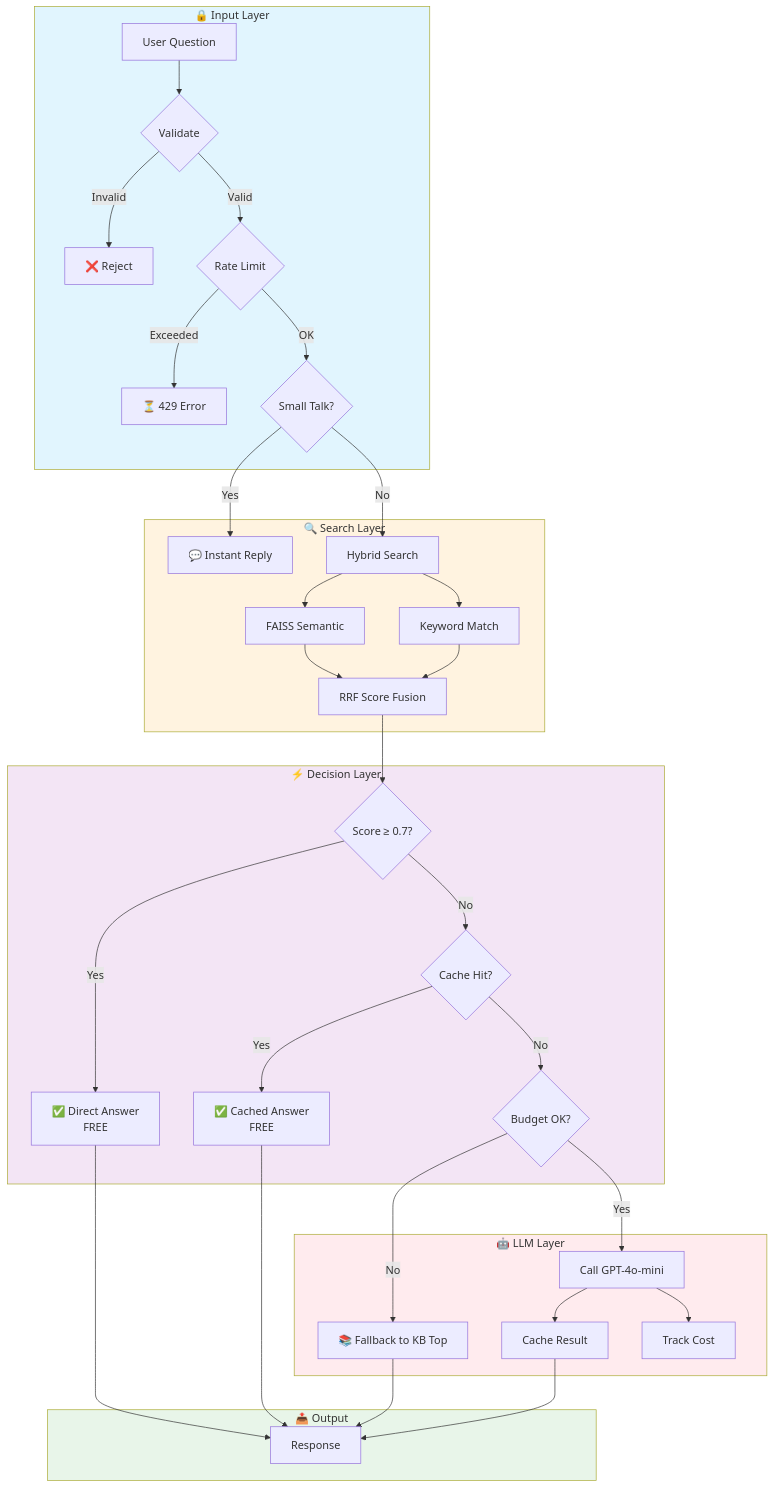
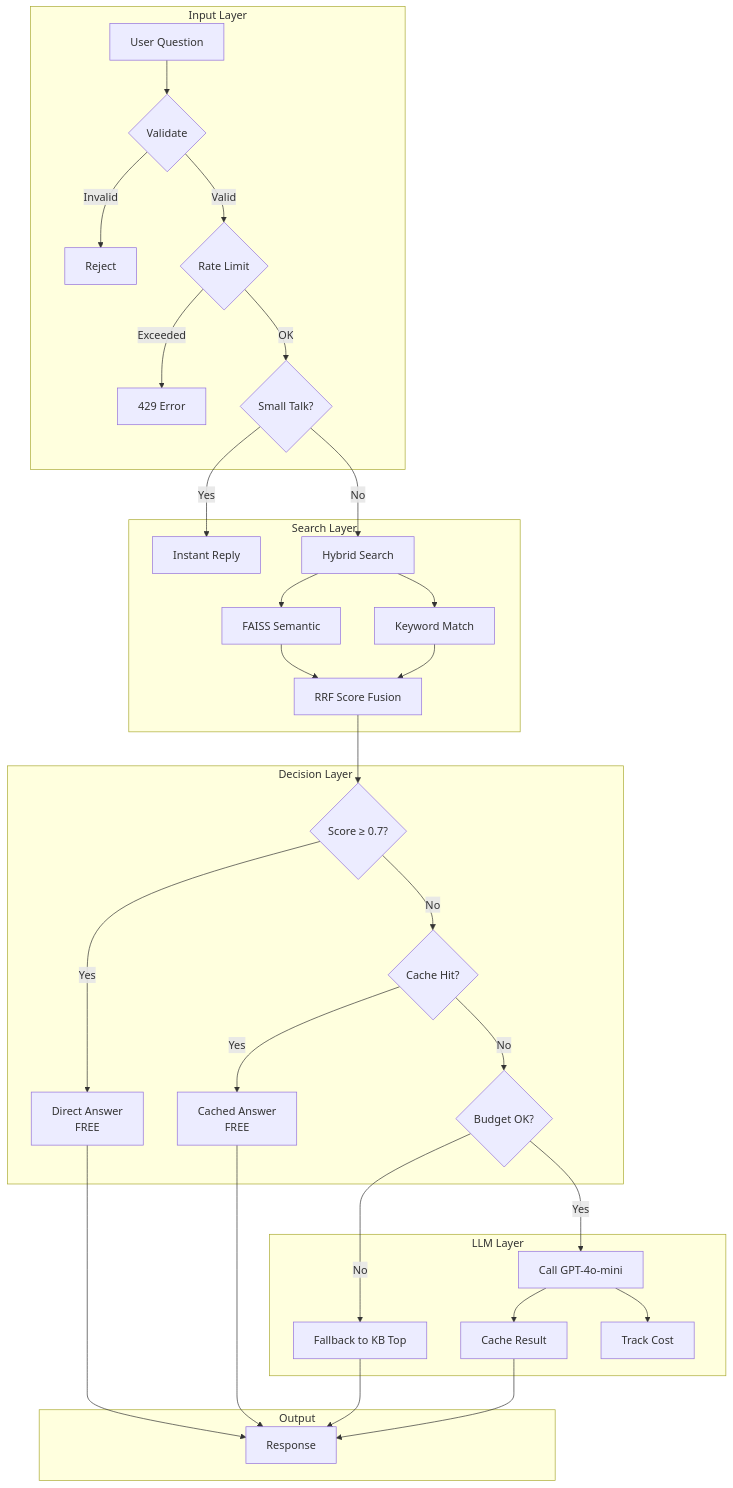
The diagram in faqbot/README.md (Jedsadha1777/workflow), drawn with Mermaid before and after one commit.

Commit message:
add chatbot

````diff
--- a/faqbot/README.md
+++ b/faqbot/README.md
@@ -30,47 +30,43 @@
 ```mermaid
 flowchart TD
-    subgraph Input["🔒 Input Layer"]
+    subgraph Input["Input Layer"]
         A[User Question] --> B{Validate}
-        B -->|Invalid| B1[❌ Reject]
+        B -->|Invalid| B1[Reject]
         B -->|Valid| C{Rate Limit}
-        C -->|Exceeded| C1[⏳ 429 Error]
+        C -->|Exceeded| C1[429 Error]
         C -->|OK| D{Small Talk?}
     end
 
-    subgraph Search["🔍 Search Layer"]
-        D -->|Yes| D1[💬 Instant Reply]
+    subgraph Search["Search Layer"]
+        D -->|Yes| D1[Instant Reply]
         D -->|No| E[Hybrid Search]
         E --> F[FAISS Semantic]
         E --> G[Keyword Match]
         F --> H[RRF Score Fusion]
         G --> H
     end
 
-    subgraph Decision["⚡ Decision Layer"]
+    subgraph Decision["Decision Layer"]
         H --> I{Score ≥ 0.7?}
-        I -->|Yes| J[✅ Direct Answer<br/>FREE]
+        I -->|Yes| J[Direct Answer<br/>FREE]
         I -->|No| K{Cache Hit?}
-        K -->|Yes| L[✅ Cached Answer<br/>FREE]
+        K -->|Yes| L[Cached Answer<br/>FREE]
         K -->|No| M{Budget OK?}
     end
 
-    subgraph LLM["🤖 LLM Layer"]
-        M -->|No| N[📚 Fallback to KB Top]
+    subgraph LLM["LLM Layer"]
+        M -->|No| N[Fallback to KB Top]
         M -->|Yes| O[Call GPT-4o-mini]
         O --> P[Cache Result]
         O --> Q[Track Cost]
     end
 
-    subgraph Output["📤 Output"]
+    subgraph Output[" Output"]
         J --> R[Response]
         L --> R
         N --> R
         P --> R
     end
 
-    style Input fill:#e1f5fe
-    style Search fill:#fff3e0
-    style Decision fill:#f3e5f5
-    style LLM fill:#ffebee
-    style Output fill:#e8f5e9
+
 ```
````
